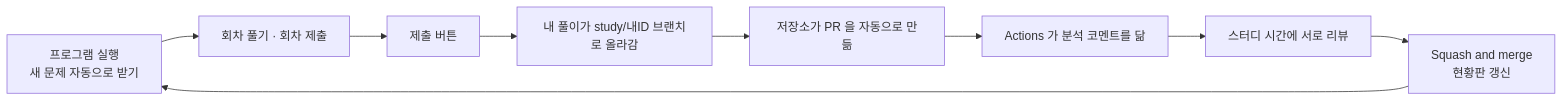
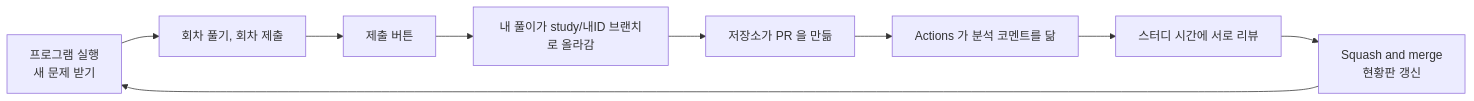
The first of 2 diagrams in docs/GIT_GUIDE.md (WaterMinCho/rokey-python-study), drawn with Mermaid before and after one commit. The commit also changed other lines of this file and 16 other files, not shown here.

````diff
--- a/docs/GIT_GUIDE.md
+++ b/docs/GIT_GUIDE.md
@@ -5,11 +5,11 @@
 ```mermaid
 flowchart LR
-    A[프로그램 실행<br/>새 문제 자동으로 받기] --> B[회차 풀기 · 회차 제출]
+    A[프로그램 실행<br/>새 문제 받기] --> B[회차 풀기, 회차 제출]
     B --> C[제출 버튼]
     C --> D[내 풀이가 study/내ID 브랜치로 올라감]
-    D --> E[저장소가 PR 을 자동으로 만듦]
+    D --> E[저장소가 PR 을 만듦]
     E --> F[Actions 가 분석 코멘트를 닮]
     F --> G[스터디 시간에 서로 리뷰]
     G --> H[Squash and merge<br/>현황판 갱신]
     H --> A
 ```
````
